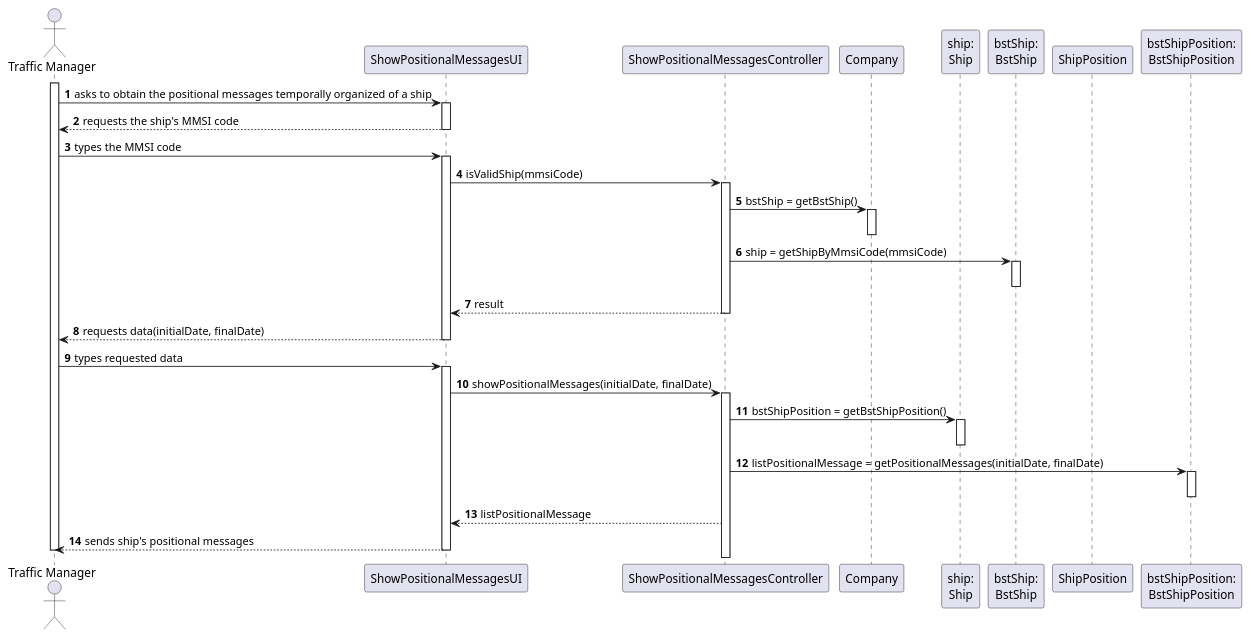
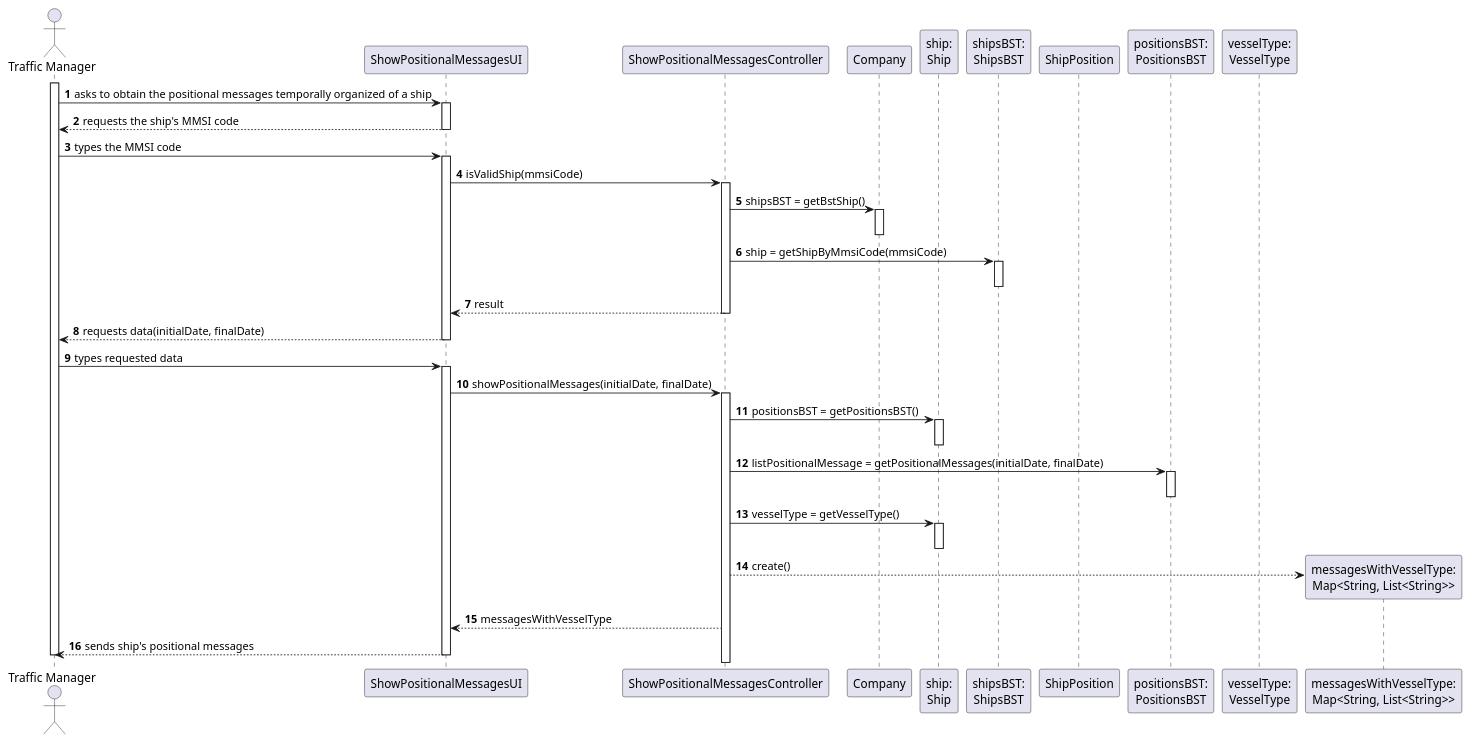
The diagram in docs/US103/US103_SD.puml (ana-albergaria/LAPR3-ISEP), drawn with PlantUML before and after one commit. The commit also changed 6 other files, not shown here.

```diff
--- a/docs/US103/US103_SD.puml
+++ b/docs/US103/US103_SD.puml
@@ -1,51 +1,57 @@
 @startuml
 
 autonumber
 actor "Traffic Manager" as TM
 
 participant "ShowPositionalMessagesUI" as UI
 participant "ShowPositionalMessagesController" as CTRL
 participant "Company" as COMP
 participant "ship:\nShip" as S
-participant "bstShip:\nBstShip" as BstShip
+participant "shipsBST:\nShipsBST" as BstShip
 participant "ShipPosition" as SP
-participant "bstShipPosition:\nBstShipPosition" as BstPosition
+participant "positionsBST:\nPositionsBST" as BstPosition
+participant "vesselType:\nVesselType" as VESSEL_TYPE
+participant "messagesWithVesselType:\nMap<String, List<String>>" as MAP
 
 
 activate TM
 TM -> "UI" : asks to obtain the positional messages temporally organized of a ship
 activate "UI"
 "UI" --> TM : requests the ship's MMSI code
 deactivate "UI"
 TM -> "UI" : types the MMSI code
 activate "UI"
 UI -> CTRL : isValidShip(mmsiCode)
 activate CTRL
-CTRL -> COMP : bstShip = getBstShip()
+CTRL -> COMP : shipsBST = getBstShip()
 activate COMP
 deactivate COMP
 CTRL -> BstShip : ship = getShipByMmsiCode(mmsiCode)
 activate BstShip
 deactivate BstShip
 CTRL --> UI : result
 deactivate CTRL
 "UI" --> TM : requests data(initialDate, finalDate)
 deactivate "UI"
 TM -> "UI" : types requested data
 activate "UI"
 UI -> CTRL : showPositionalMessages(initialDate, finalDate)
 activate CTRL
-CTRL -> S : bstShipPosition = getBstShipPosition()
+CTRL -> S : positionsBST = getPositionsBST()
 activate S
 deactivate S
 CTRL -> BstPosition : listPositionalMessage = getPositionalMessages(initialDate, finalDate)
 activate BstPosition
 deactivate BstPosition
-CTRL --> UI : listPositionalMessage
+CTRL -> S : vesselType = getVesselType()
+activate S
+deactivate S
+CTRL --> MAP** : create()
+CTRL --> UI : messagesWithVesselType
 "UI" --> TM : sends ship's positional messages
 
 deactivate "UI"
 
 deactivate TM
 
 @enduml
```
